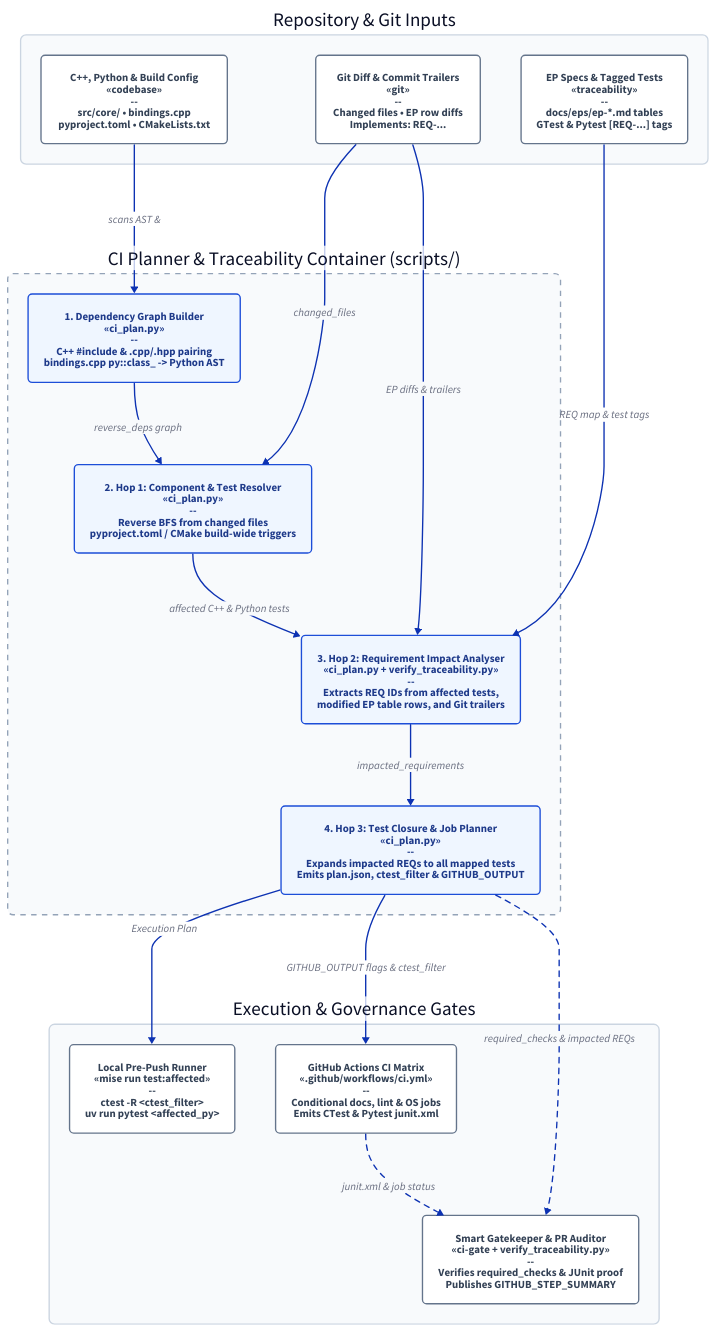
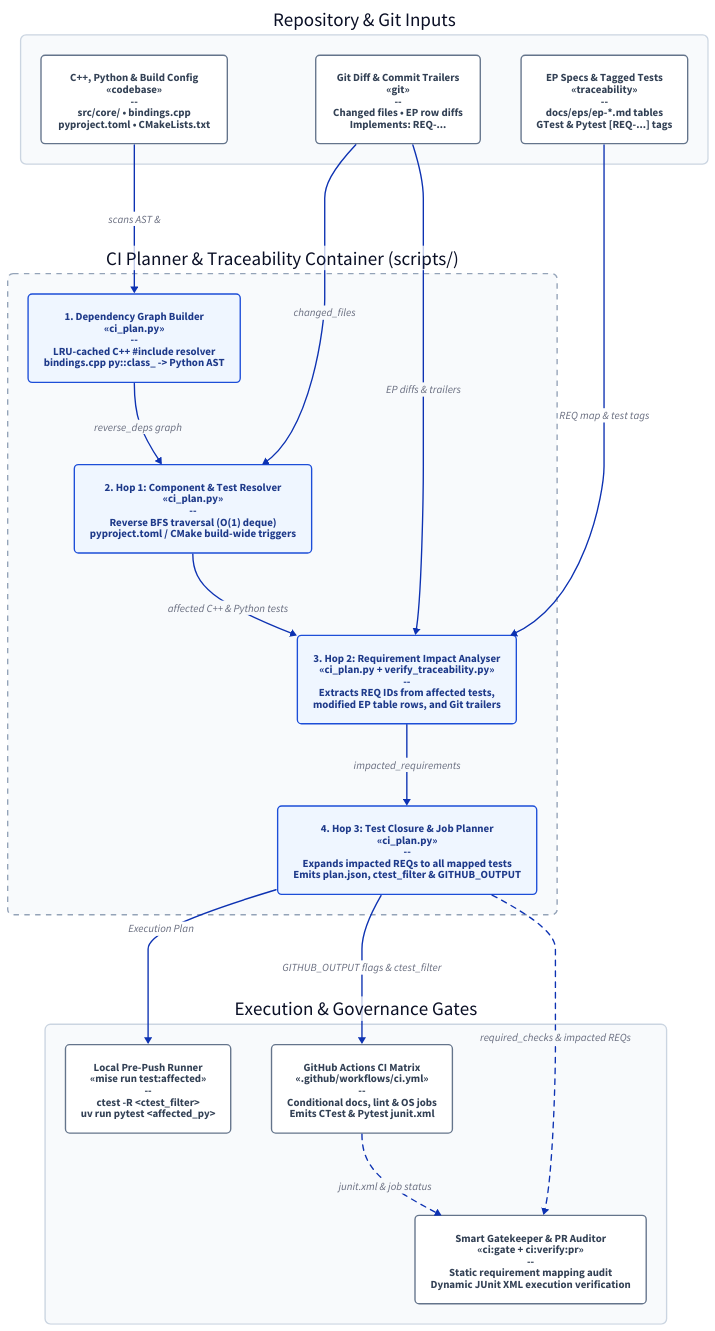
Before and after one commit to pauldruce/RFL: the diagram in docs/eps/images/ep5_ci_planner_c4.d2, drawn with D2. The commit also changed 7 other files, not shown here.

First line of the commit message:
refactor(ci): simplify traceability and planning scripts and update architecture diagrams

```diff
--- a/docs/eps/images/ep5_ci_planner_c4.d2
+++ b/docs/eps/images/ep5_ci_planner_c4.d2
@@ -1,110 +1,110 @@
 # RFL CI Execution Planner & Two-Hop Impact Analyser (C4 Component Diagram)
 # Regenerate SVG: python3 scripts/check_d2_images.py --fix
 
 direction: down
 
 inputs: "Repository & Git Inputs" {
   style: {
     fill: "#f8fafc"
     stroke: "#cbd5e1"
     stroke-width: 2
     border-radius: 8
   }
 
   git_diff: "Git Diff & Commit Trailers\n«git»\n--\nChanged files • EP row diffs\nImplements: REQ-..." {
     class: external_system
   }
 
   codebase: "C++, Python & Build Config\n«codebase»\n--\nsrc/core/ • bindings.cpp\npyproject.toml • CMakeLists.txt" {
     class: external_system
   }
 
   specs: "EP Specs & Tagged Tests\n«traceability»\n--\ndocs/eps/ep-*.md tables\nGTest & Pytest [REQ-...] tags" {
     class: external_system
   }
 }
 
 planner: "CI Planner & Traceability Container (scripts/)" {
   style: {
     fill: "#f8fafc"
     stroke: "#94a3b8"
     stroke-width: 2
     stroke-dash: 4
     border-radius: 8
   }
 
-  graph_builder: "1. Dependency Graph Builder\n«ci_plan.py»\n--\nC++ #include & .cpp/.hpp pairing\nbindings.cpp py::class_ -> Python AST" {
+  graph_builder: "1. Dependency Graph Builder\n«ci_plan.py»\n--\nLRU-cached C++ #include resolver\nbindings.cpp py::class_ -> Python AST" {
     class: internal_component
   }
 
-  hop1: "2. Hop 1: Component & Test Resolver\n«ci_plan.py»\n--\nReverse BFS from changed files\npyproject.toml / CMake build-wide triggers" {
+  hop1: "2. Hop 1: Component & Test Resolver\n«ci_plan.py»\n--\nReverse BFS traversal (O(1) deque)\npyproject.toml / CMake build-wide triggers" {
     class: internal_component
   }
 
   hop2: "3. Hop 2: Requirement Impact Analyser\n«ci_plan.py + verify_traceability.py»\n--\nExtracts REQ IDs from affected tests,\nmodified EP table rows, and Git trailers" {
     class: internal_component
   }
 
   hop3: "4. Hop 3: Test Closure & Job Planner\n«ci_plan.py»\n--\nExpands impacted REQs to all mapped tests\nEmits plan.json, ctest_filter & GITHUB_OUTPUT" {
     class: internal_component
   }
 
   graph_builder -> hop1: reverse_deps graph
   hop1 -> hop2: affected C++ & Python tests
   hop2 -> hop3: impacted_requirements
 }
 
 consumers: "Execution & Governance Gates" {
   style: {
     fill: "#f8fafc"
     stroke: "#cbd5e1"
     stroke-width: 2
     border-radius: 8
   }
 
   local_gate: "Local Pre-Push Runner\n«mise run test:affected»\n--\nctest -R <ctest_filter>\nuv run pytest <affected_py>" {
     class: external_system
   }
 
   ci_jobs: "GitHub Actions CI Matrix\n«.github/workflows/ci.yml»\n--\nConditional docs, lint & OS jobs\nEmits CTest & Pytest junit.xml" {
     class: external_system
   }
 
-  gatekeeper: "Smart Gatekeeper & PR Auditor\n«ci-gate + verify_traceability.py»\n--\nVerifies required_checks & JUnit proof\nPublishes GITHUB_STEP_SUMMARY" {
+  gatekeeper: "Smart Gatekeeper & PR Auditor\n«ci:gate + ci:verify:pr»\n--\nStatic requirement mapping audit\nDynamic JUnit XML execution verification" {
     class: external_system
   }
 
   ci_jobs -> gatekeeper: junit.xml & job status {style.stroke-dash: 4}
 }
 
 # Cross-boundary relationships
 inputs.codebase -> planner.graph_builder: scans AST & #includes
 inputs.git_diff -> planner.hop1: changed_files
 inputs.git_diff -> planner.hop2: EP diffs & trailers
 inputs.specs -> planner.hop2: REQ map & test tags
 
 planner.hop3 -> consumers.local_gate: Execution Plan
 planner.hop3 -> consumers.ci_jobs: GITHUB_OUTPUT flags & ctest_filter
 planner.hop3 -> consumers.gatekeeper: required_checks & impacted REQs {style.stroke-dash: 4}
 
 # C4 Styling Palette
 classes: {
   internal_component: {
     style: {
       fill: "#eff6ff"
       stroke: "#1d4ed8"
       stroke-width: 2
       border-radius: 6
       font-color: "#1e3a8a"
     }
   }
   external_system: {
     style: {
       fill: "#ffffff"
       stroke: "#64748b"
       stroke-width: 2
       border-radius: 6
       font-color: "#334155"
     }
   }
 }
```
